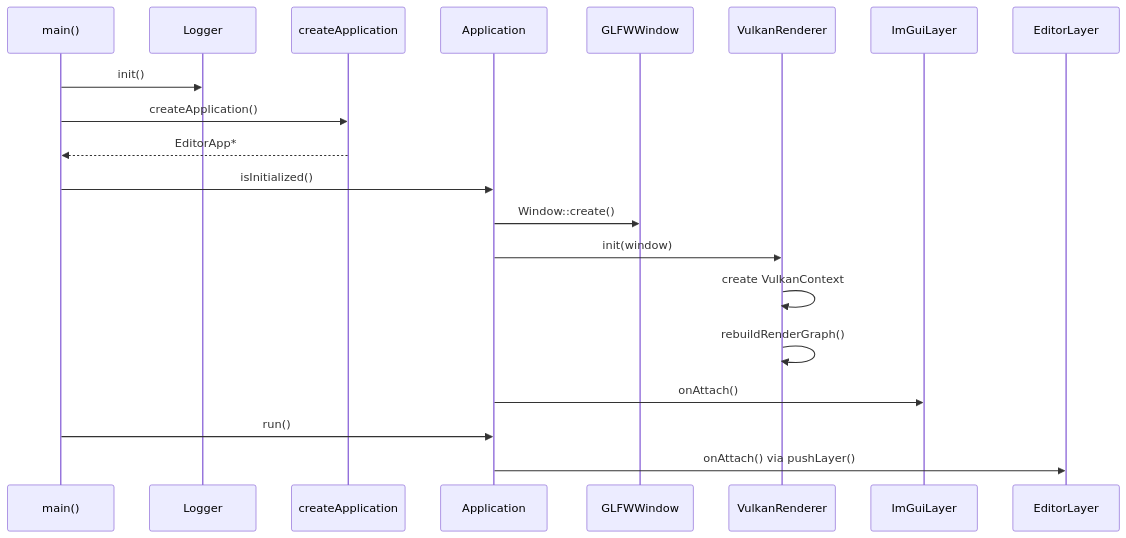
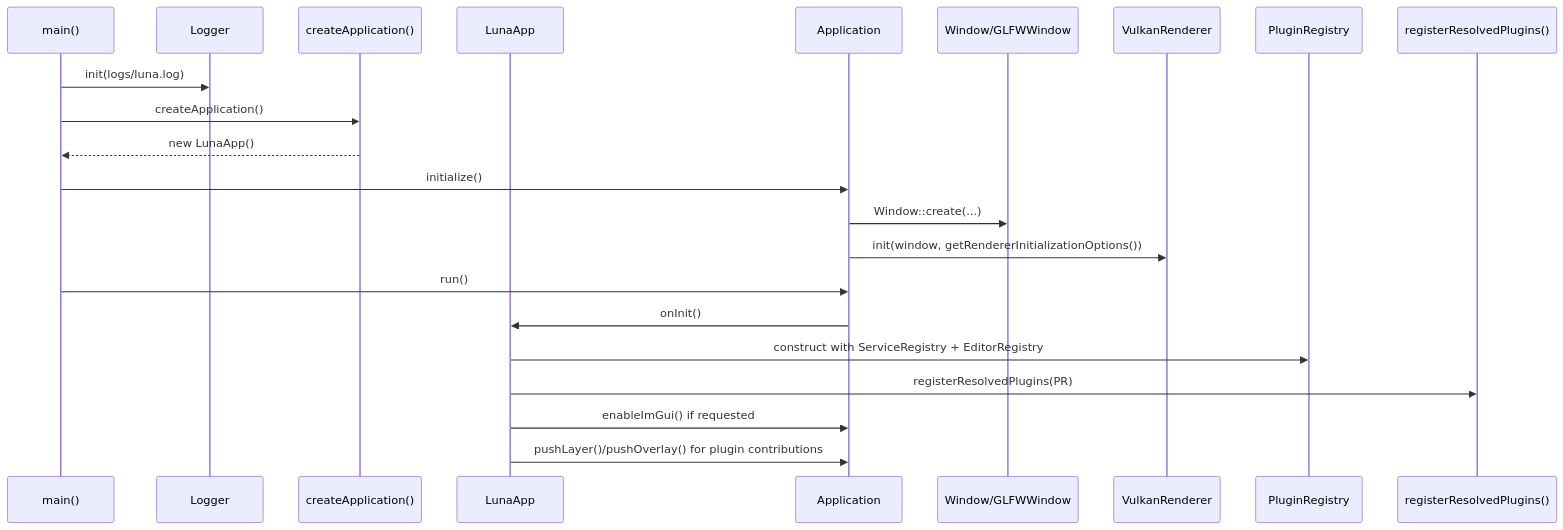
One commit to Yang-Junjie/Luna changed the third of 5 diagrams in docs/manual/architecture-in-depth.md. Above: the diagram before and after it, drawn with Mermaid. The commit also changed other lines of this file and 49 other files, not shown here.

````diff
--- a/docs/manual/architecture-in-depth.md
+++ b/docs/manual/architecture-in-depth.md
@@ -169,23 +245,25 @@
 ```mermaid
 sequenceDiagram
     participant Main as main()
     participant Logger as Logger
-    participant Factory as createApplication
-    participant App as Application
-    participant Window as GLFWWindow
+    participant Factory as createApplication()
+    participant App as LunaApp
+    participant Base as Application
+    participant Window as Window/GLFWWindow
     participant Renderer as VulkanRenderer
-    participant ImGui as ImGuiLayer
-    participant Editor as EditorLayer
+    participant PR as PluginRegistry
+    participant GP as registerResolvedPlugins()
 
-    Main->>Logger: init()
+    Main->>Logger: init(logs/luna.log)
     Main->>Factory: createApplication()
-    Factory-->>Main: EditorApp*
-    Main->>App: isInitialized()
-    App->>Window: Window::create()
-    App->>Renderer: init(window)
-    Renderer->>Renderer: create VulkanContext
-    Renderer->>Renderer: rebuildRenderGraph()
-    App->>ImGui: onAttach()
-    Main->>App: run()
-    App->>Editor: onAttach() via pushLayer()
+    Factory-->>Main: new LunaApp()
+    Main->>Base: initialize()
+    Base->>Window: Window::create(...)
+    Base->>Renderer: init(window, getRendererInitializationOptions())
+    Main->>Base: run()
+    Base->>App: onInit()
+    App->>PR: construct with ServiceRegistry + EditorRegistry
+    App->>GP: registerResolvedPlugins(PR)
+    App->>Base: enableImGui() if requested
+    App->>Base: pushLayer()/pushOverlay() for plugin contributions
 ```
````
